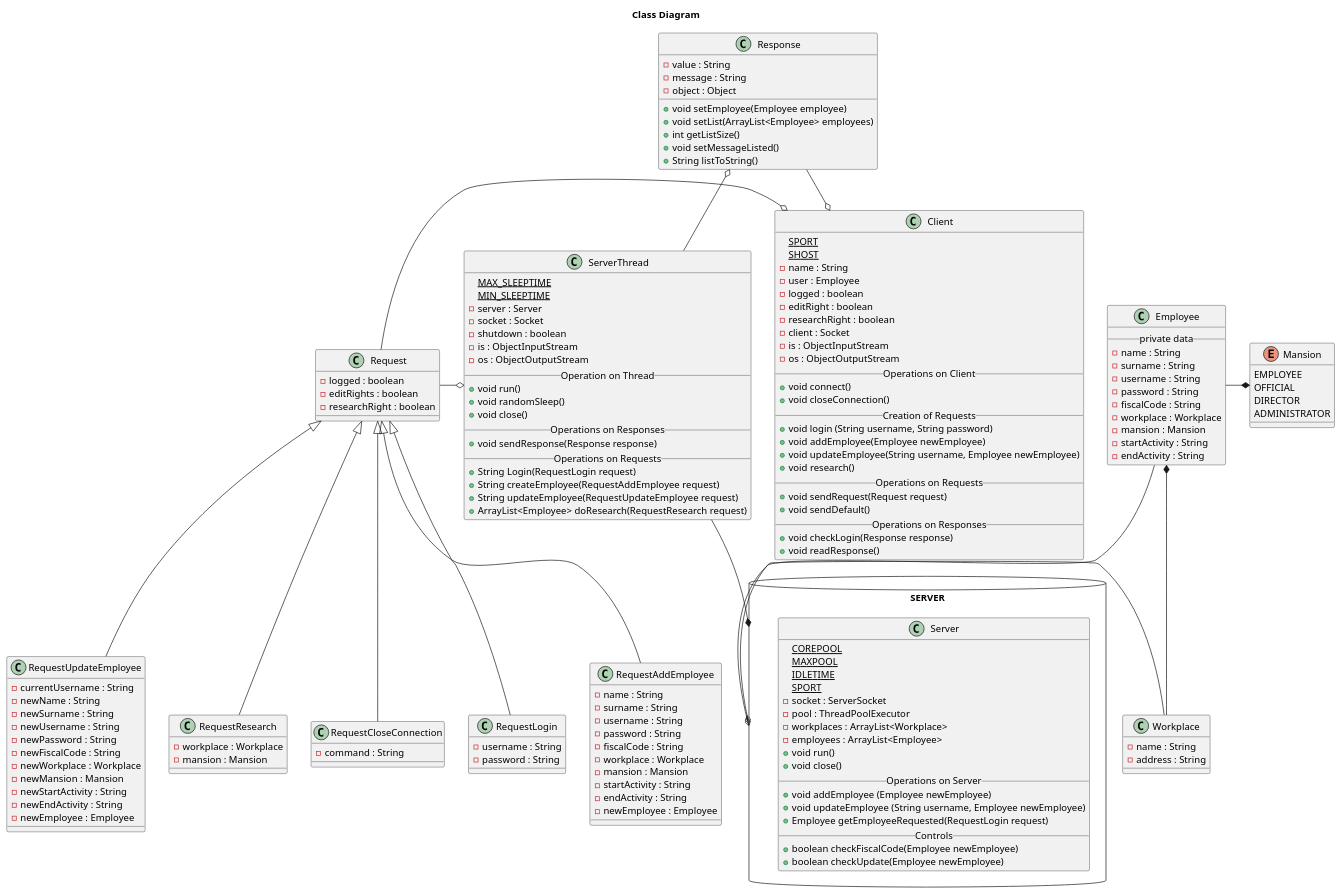
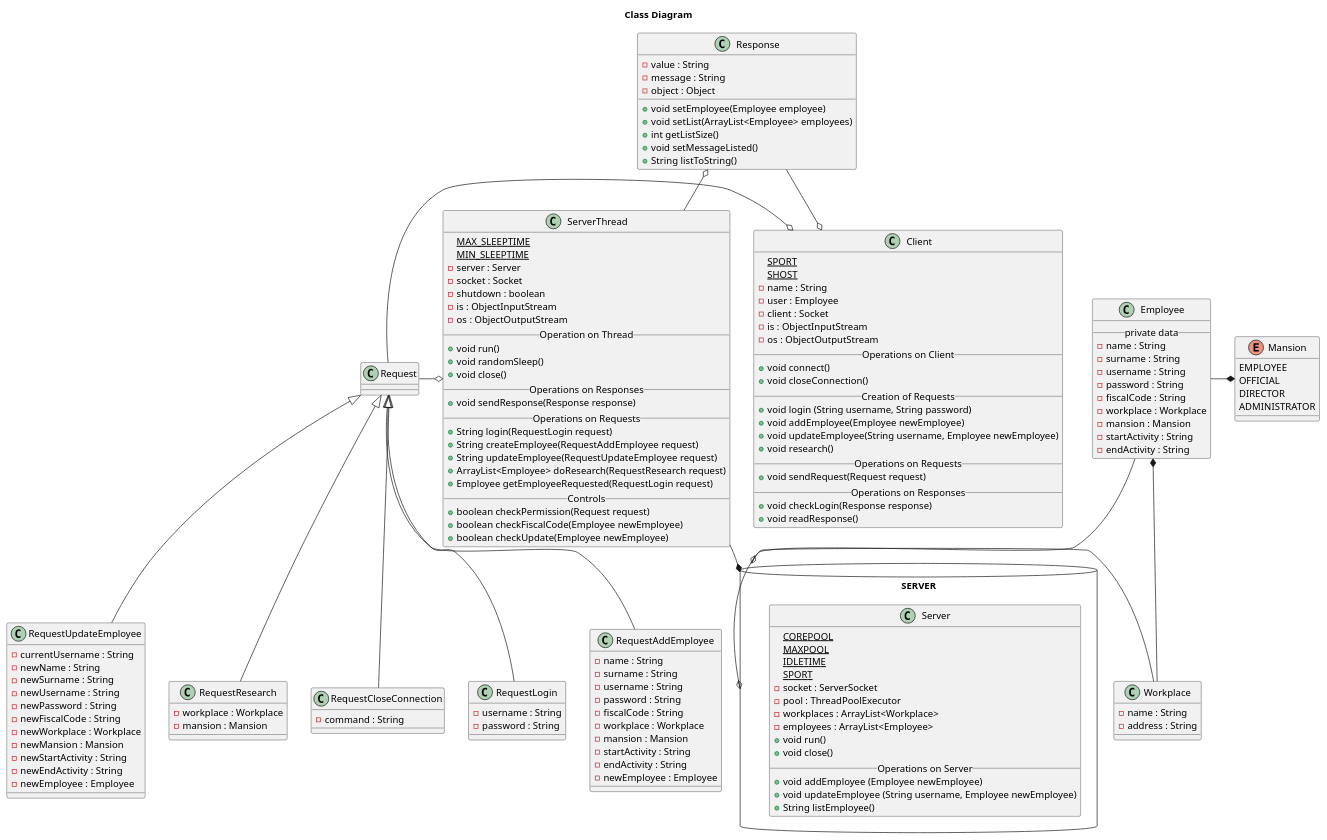
The diagram in Assegnamento3/src/uml/ClassDiagram.puml (danielepelleg/software_engineering), drawn with PlantUML before and after one commit. The commit also changed 8 other files, not shown here.

Commit message:
Add  AddEmployee(), UpdateEmployee() and Research() on Menu

```diff
--- a/Assegnamento3/src/uml/ClassDiagram.puml
+++ b/Assegnamento3/src/uml/ClassDiagram.puml
@@ -1,180 +1,175 @@
 @startuml
 title Class Diagram
 
 top to bottom direction
 
 package SERVER <<Database>> {
   class Server{
     {static} COREPOOL
     {static} MAXPOOL
     {static} IDLETIME
     {static} SPORT
     -socket : ServerSocket
     -pool : ThreadPoolExecutor
     -workplaces : ArrayList<Workplace>
     -employees : ArrayList<Employee>
     +void run()
     +void close()
     __ Operations on Server __
     +void addEmployee (Employee newEmployee)
     +void updateEmployee (String username, Employee newEmployee)
-    +Employee getEmployeeRequested(RequestLogin request)
-    __ Controls __
-    +boolean checkFiscalCode(Employee newEmployee)
-    +boolean checkUpdate(Employee newEmployee)
+    +String listEmployee()
   }
 }
 
 class ServerThread{
     {static} MAX_SLEEPTIME
     {static} MIN_SLEEPTIME
     -server : Server
     -socket : Socket
     -shutdown : boolean
     -is : ObjectInputStream
     -os : ObjectOutputStream
     __ Operation on Thread __
     +void run()
     +void randomSleep()
     +void close()
     __ Operations on Responses __
     +void sendResponse(Response response)
     __ Operations on Requests __
-    +String Login(RequestLogin request)
+    +String login(RequestLogin request)
     +String createEmployee(RequestAddEmployee request)
     +String updateEmployee(RequestUpdateEmployee request)
     +ArrayList<Employee> doResearch(RequestResearch request)
+    +Employee getEmployeeRequested(RequestLogin request)
+    __ Controls __
+    +boolean checkPermission(Request request)
+    +boolean checkFiscalCode(Employee newEmployee)
+    +boolean checkUpdate(Employee newEmployee)
 }
 
 SERVER *-up- ServerThread
 
 class Client{
     {static} SPORT
     {static} SHOST
     -name : String
     -user : Employee
-    -logged : boolean
-    -editRight : boolean
-    -researchRight : boolean
     -client : Socket
     -is : ObjectInputStream
     -os : ObjectOutputStream
     __ Operations on Client __
     +void connect()
     +void closeConnection()
     __ Creation of Requests __
     +void login (String username, String password)
-        +void addEmployee(Employee newEmployee)
-        +void updateEmployee(String username, Employee newEmployee)
-        +void research()
+    +void addEmployee(Employee newEmployee)
+    +void updateEmployee(String username, Employee newEmployee)
+    +void research()
     __ Operations on Requests __
     +void sendRequest(Request request)
-    +void sendDefault()
     __ Operations on Responses __
     +void checkLogin(Response response)
     +void readResponse()
 }
 
 class Workplace{
     -name : String
     -address : String
 }
 
 class Employee {
     __ private data __
     -name : String
     -surname : String
     -username : String
     -password : String
     -fiscalCode : String
     -workplace : Workplace
     -mansion : Mansion
     -startActivity : String
     -endActivity : String
 }
 
 Employee -o SERVER
 Workplace -o SERVER
 
 Enum Mansion {
     EMPLOYEE
     OFFICIAL
     DIRECTOR
     ADMINISTRATOR
 }
 
 class Request {
-    -logged : boolean
-    -editRights : boolean
-    -researchRight : boolean
 }
 
 Request -o ServerThread
 Request -right-o Client
 
 class RequestLogin{
     -username : String
     -password : String
 }
 
 class RequestAddEmployee {
     -name : String
     -surname : String
     -username : String
     -password : String
     -fiscalCode : String
     -workplace : Workplace
     -mansion : Mansion
     -startActivity : String
     -endActivity : String
     -newEmployee : Employee
 }
 
 class RequestUpdateEmployee{
     -currentUsername : String
     -newName : String
     -newSurname : String
     -newUsername : String
     -newPassword : String
     -newFiscalCode : String
     -newWorkplace : Workplace
     -newMansion : Mansion
     -newStartActivity : String
     -newEndActivity : String
     -newEmployee : Employee
 }
 
 class RequestResearch{
     -workplace : Workplace
     -mansion : Mansion
 }
 
 class RequestCloseConnection{
     -command : String
 }
 
 class Response{
     -value : String
     -message : String
     -object : Object
     +void setEmployee(Employee employee)
     +void setList(ArrayList<Employee> employees)
     +int getListSize()
     +void setMessageListed()
     +String listToString()
 }
 
 Response o-- ServerThread
 Response -down-o Client
 
 RequestLogin -up-|> Request
 RequestAddEmployee -up-|> Request
 RequestUpdateEmployee -up-|> Request
 RequestResearch -up-|> Request
 RequestCloseConnection -up-|> Request
 
 Employee -right-* Mansion
 Employee *-down- Workplace
 
 
 @enduml
```
